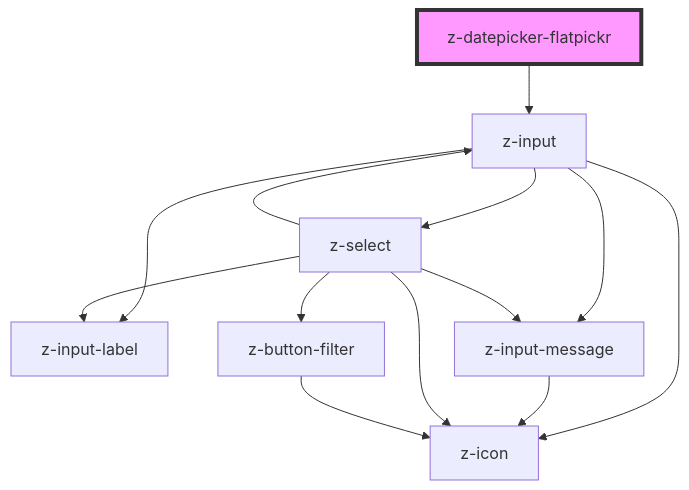
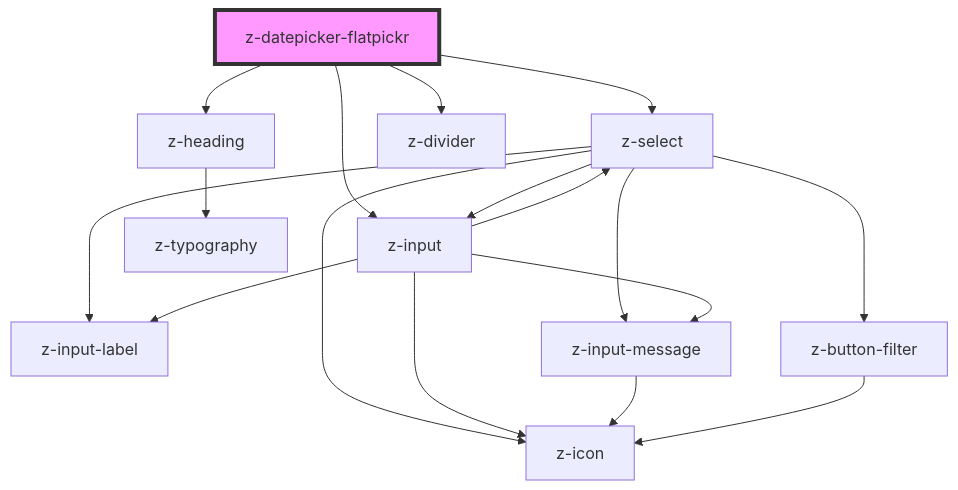
One commit to ZanichelliEditore/design-system changed the diagram in src/components/z-datepicker-flatpickr/readme.md. Above: the diagram before and after it, drawn with Mermaid. The commit also changed other lines of this file and 17 other files, not shown here.

````diff
--- a/src/components/z-datepicker-flatpickr/readme.md
+++ b/src/components/z-datepicker-flatpickr/readme.md
@@ -22,16 +25,20 @@
 ```mermaid
 graph TD;
+  z-datepicker-flatpickr --> z-select
+  z-datepicker-flatpickr --> z-heading
   z-datepicker-flatpickr --> z-input
+  z-datepicker-flatpickr --> z-divider
+  z-select --> z-input-label
+  z-select --> z-input
+  z-select --> z-button-filter
+  z-select --> z-icon
+  z-select --> z-input-message
   z-input --> z-input-label
   z-input --> z-icon
   z-input --> z-input-message
   z-input --> z-select
   z-input-message --> z-icon
-  z-select --> z-input-label
-  z-select --> z-input
-  z-select --> z-button-filter
-  z-select --> z-icon
-  z-select --> z-input-message
   z-button-filter --> z-icon
+  z-heading --> z-typography
   style z-datepicker-flatpickr fill:#f9f,stroke:#333,stroke-width:4px
 ```
````
